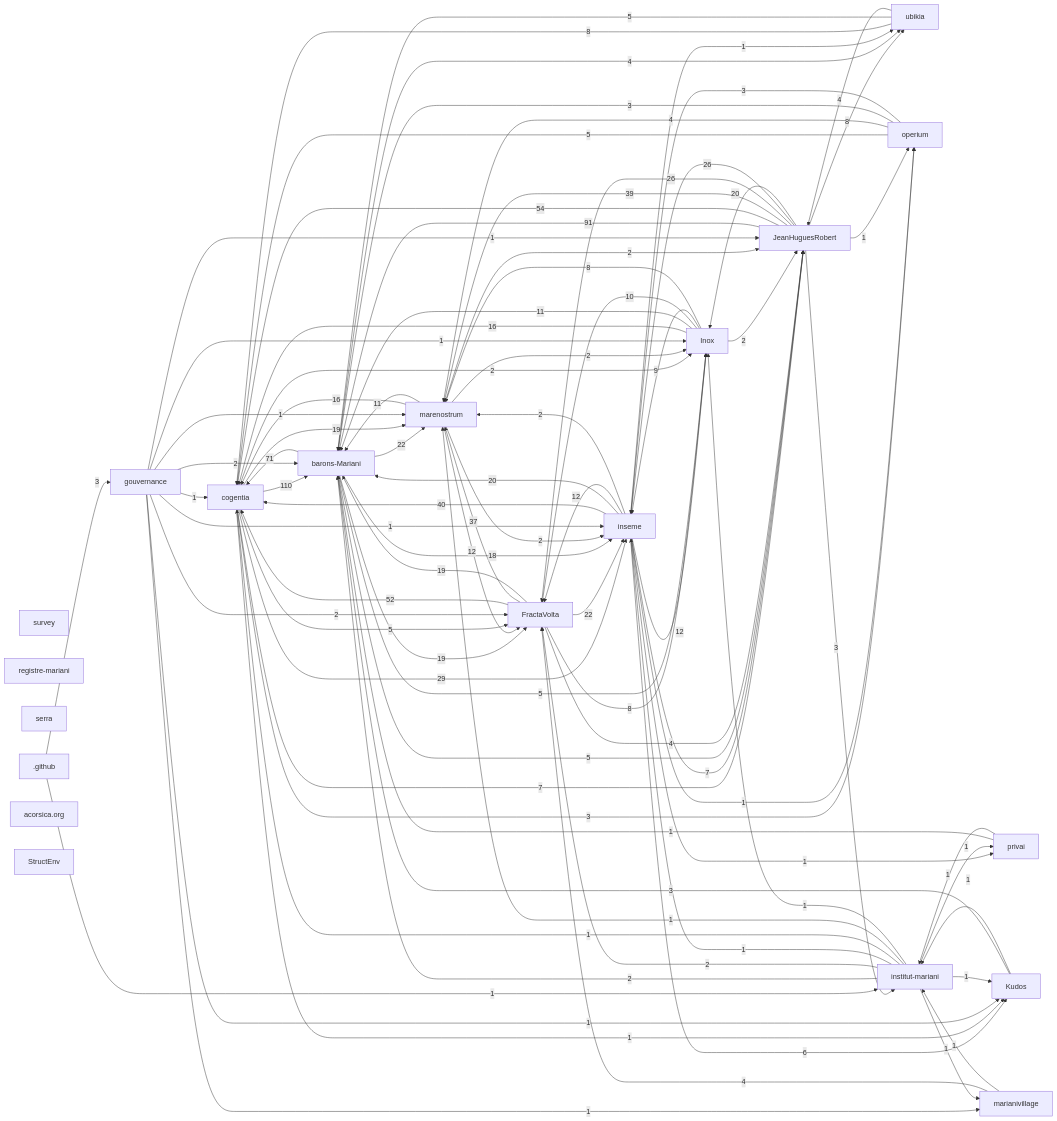
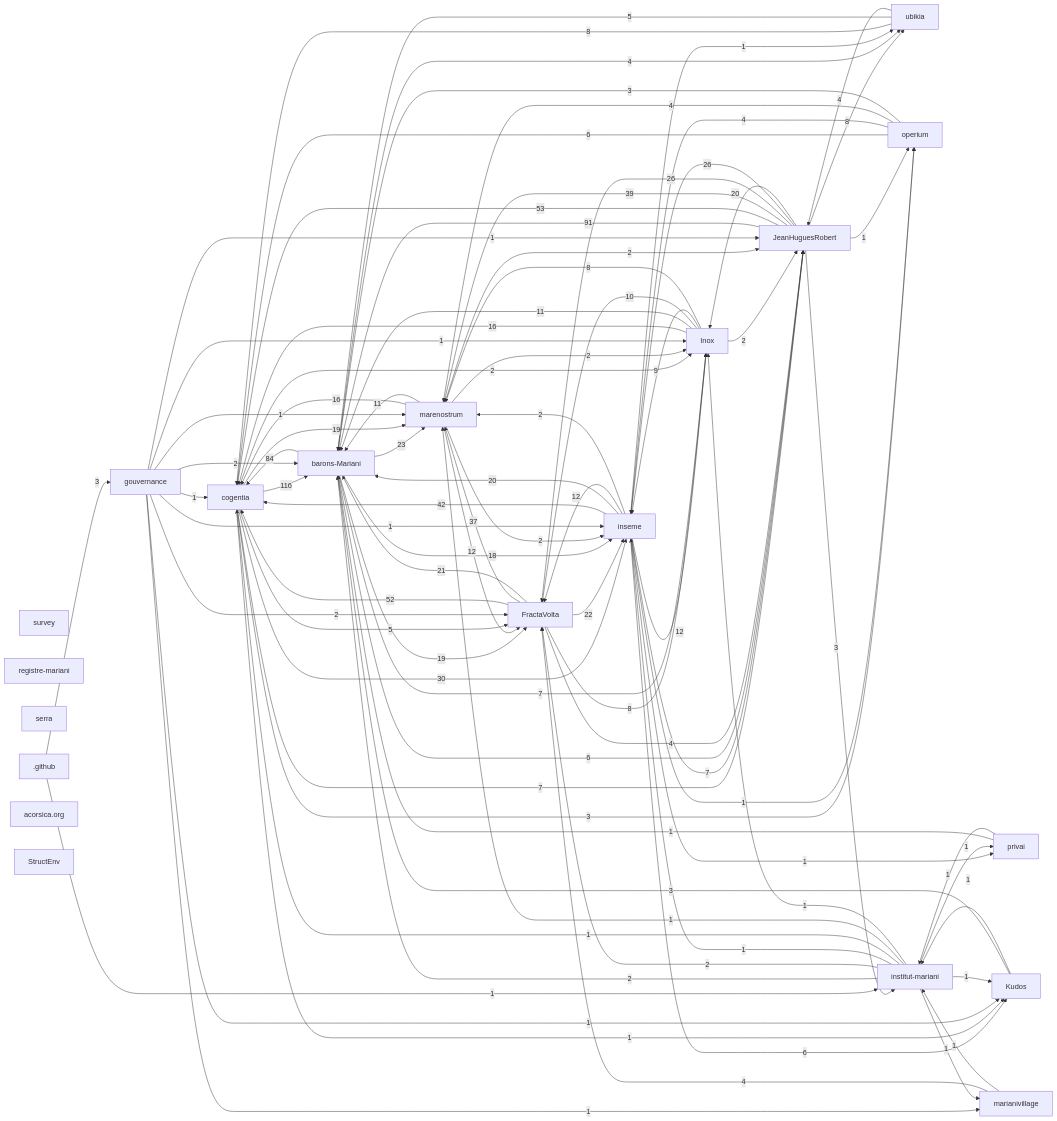
Before and after one commit to JeanHuguesRobert/operium: the first of 2 diagrams in research/corpus-status.md, drawn with Mermaid. The commit also changed other lines of this file and 14 other files, not shown here.

```diff
--- a/research/corpus-status.md
+++ b/research/corpus-status.md
@@ -56,24 +56,24 @@
   r_github[".github"]
   r_acorsica_org["acorsica.org"]
   r_structenv["StructEnv"]
-  r_cogentia -->|110| r_barons_mariani
+  r_cogentia -->|116| r_barons_mariani
   r_jeanhuguesrobert -->|91| r_barons_mariani
-  r_barons_mariani -->|71| r_cogentia
-  r_jeanhuguesrobert -->|54| r_cogentia
+  r_barons_mariani -->|84| r_cogentia
+  r_jeanhuguesrobert -->|53| r_cogentia
   r_fractavolta -->|52| r_cogentia
-  r_inseme -->|40| r_cogentia
+  r_inseme -->|42| r_cogentia
   r_jeanhuguesrobert -->|39| r_marenostrum
   r_fractavolta -->|37| r_marenostrum
-  r_cogentia -->|29| r_inseme
+  r_cogentia -->|30| r_inseme
   r_jeanhuguesrobert -->|26| r_fractavolta
   r_jeanhuguesrobert -->|26| r_inseme
-  r_barons_mariani -->|22| r_marenostrum
+  r_barons_mariani -->|23| r_marenostrum
   r_fractavolta -->|22| r_inseme
+  r_fractavolta -->|21| r_barons_mariani
   r_inseme -->|20| r_barons_mariani
   r_jeanhuguesrobert -->|20| r_inox
   r_barons_mariani -->|19| r_fractavolta
   r_cogentia -->|19| r_marenostrum
-  r_fractavolta -->|19| r_barons_mariani
   r_barons_mariani -->|18| r_inseme
   r_inox -->|16| r_cogentia
   r_marenostrum -->|16| r_cogentia
@@ -88,17 +88,18 @@
   r_inox -->|8| r_marenostrum
   r_jeanhuguesrobert -->|8| r_ubikia
   r_ubikia -->|8| r_cogentia
+  r_barons_mariani -->|7| r_inox
   r_cogentia -->|7| r_jeanhuguesrobert
   r_inseme -->|7| r_jeanhuguesrobert
+  r_barons_mariani -->|6| r_jeanhuguesrobert
   r_inseme -->|6| r_kudos
-  r_barons_mariani -->|5| r_inox
-  r_barons_mariani -->|5| r_jeanhuguesrobert
+  r_operium -->|6| r_cogentia
   r_cogentia -->|5| r_fractavolta
-  r_operium -->|5| r_cogentia
   r_ubikia -->|5| r_barons_mariani
   r_barons_mariani -->|4| r_ubikia
   r_fractavolta -->|4| r_jeanhuguesrobert
   r_marianivillage -->|4| r_fractavolta
+  r_operium -->|4| r_inseme
   r_operium -->|4| r_marenostrum
   r_ubikia -->|4| r_jeanhuguesrobert
   r_github -->|3| r_gouvernance
@@ -106,7 +107,6 @@
   r_jeanhuguesrobert -->|3| r_institut_mariani
   r_kudos -->|3| r_barons_mariani
   r_operium -->|3| r_barons_mariani
-  r_operium -->|3| r_inseme
   r_cogentia -->|2| r_inox
   r_gouvernance -->|2| r_barons_mariani
   r_gouvernance -->|2| r_fractavolta
```
